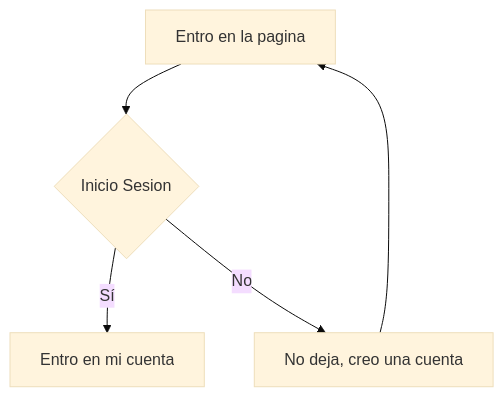
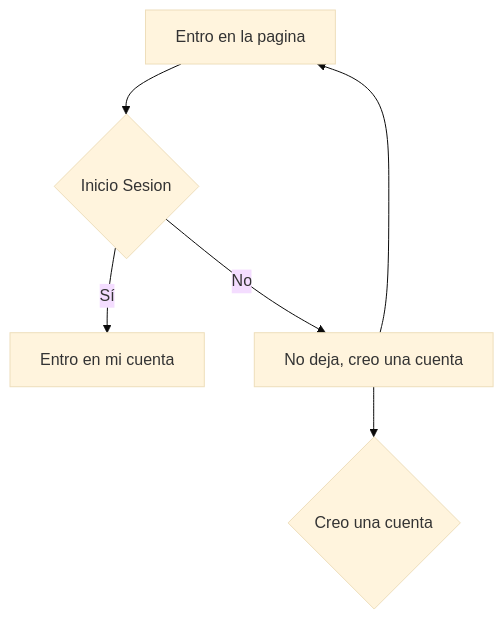
One commit to MyNameIsAlecs/Kahoot-UML changed the second of 2 diagrams in README.md. Above: the diagram before and after it, drawn with Mermaid (base theme).

Commit message:
UML || Alex Lopez

````diff
--- a/README.md
+++ b/README.md
@@ -56,7 +56,8 @@
 ```mermaid
 flowchart
     A[Entro en la pagina] --> B{Inicio Sesion}
     B -->|Sí| C[Entro en mi cuenta]
     B -->|No| D[No deja, creo una cuenta]
+    D --> E{Creo una cuenta}
     D --> A
 ```
````
